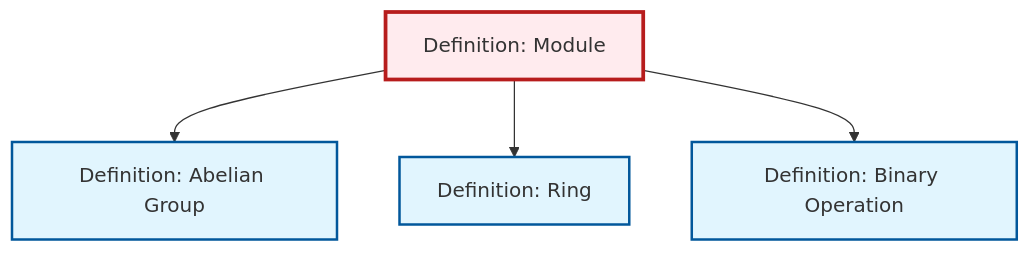
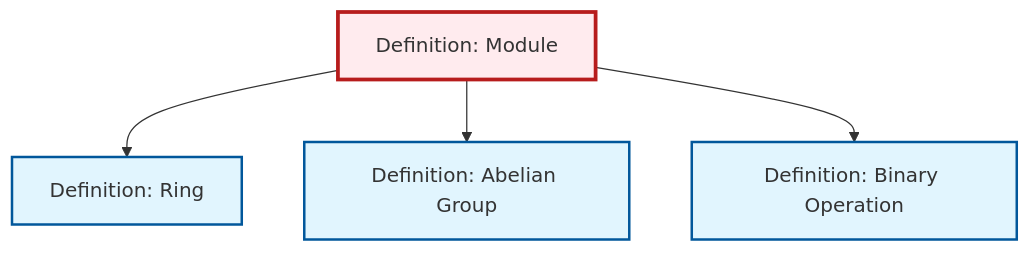
Before and after one commit to RK0429/ModernMath: the diagram in content/en/algebra/def-module.qmd, drawn with Mermaid. The commit also changed other lines of this file and 634 other files, not shown here.

````diff
--- a/content/en/algebra/def-module.qmd
+++ b/content/en/algebra/def-module.qmd
@@ -55,20 +55,20 @@
 ```{mermaid}
 %%| fig-cap: "Local dependency graph"
 graph TD
     classDef definition fill:#e1f5fe,stroke:#01579b,stroke-width:2px
     classDef theorem fill:#f3e5f5,stroke:#4a148c,stroke-width:2px
     classDef axiom fill:#fff3e0,stroke:#e65100,stroke-width:2px
     classDef example fill:#e8f5e9,stroke:#1b5e20,stroke-width:2px
     classDef current fill:#ffebee,stroke:#b71c1c,stroke-width:3px
-    def-binary-operation["Definition: Binary Operation"]:::definition
     def-module["Definition: Module"]:::definition
     def-abelian-group["Definition: Abelian Group"]:::definition
+    def-binary-operation["Definition: Binary Operation"]:::definition
     def-ring["Definition: Ring"]:::definition
+    def-module --> def-ring
     def-module --> def-abelian-group
-    def-module --> def-ring
     def-module --> def-binary-operation
     class def-module current
+    click def-abelian-group "def-abelian-group.html" "Go to Abelian Group definition"
     click def-binary-operation "def-binary-operation.html" "Go to Binary Operation definition"
-    click def-abelian-group "def-abelian-group.html" "Go to Abelian Group definition"
     click def-ring "def-ring.html" "Go to Ring definition"
 ```
````
